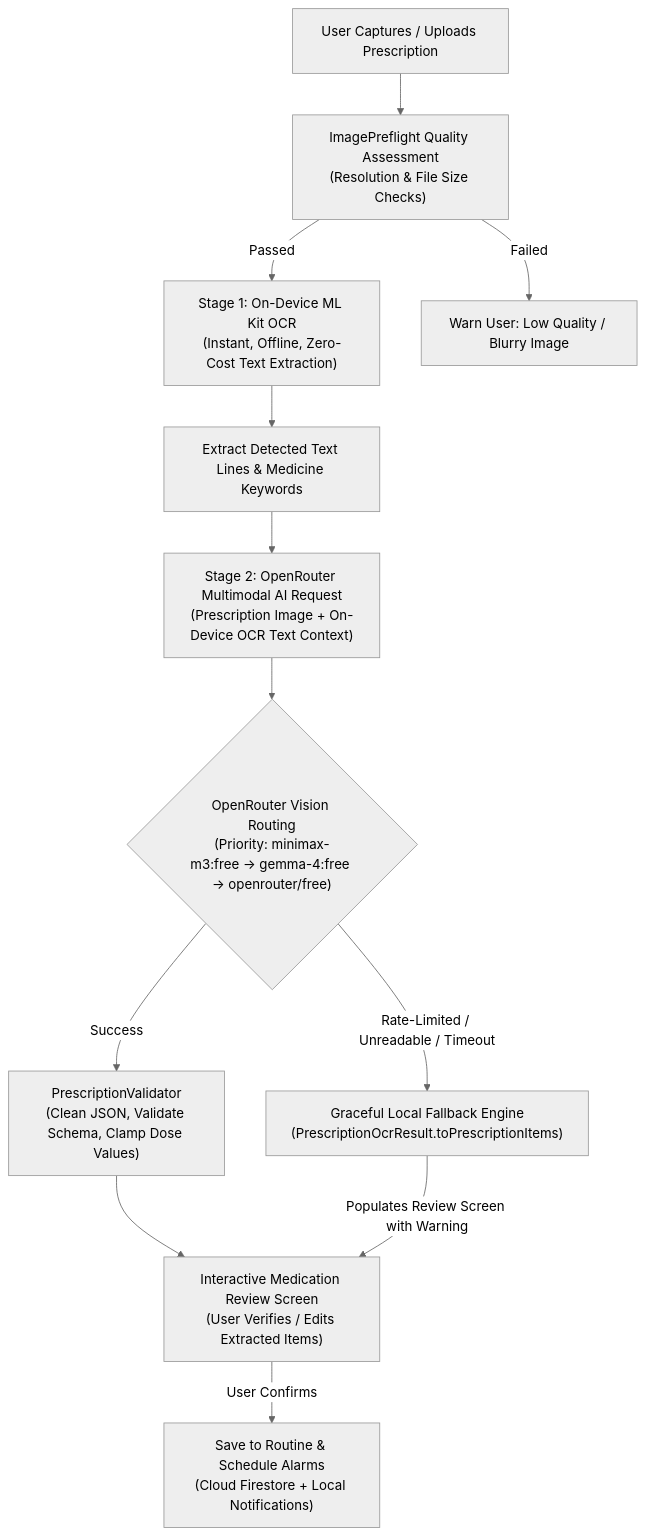
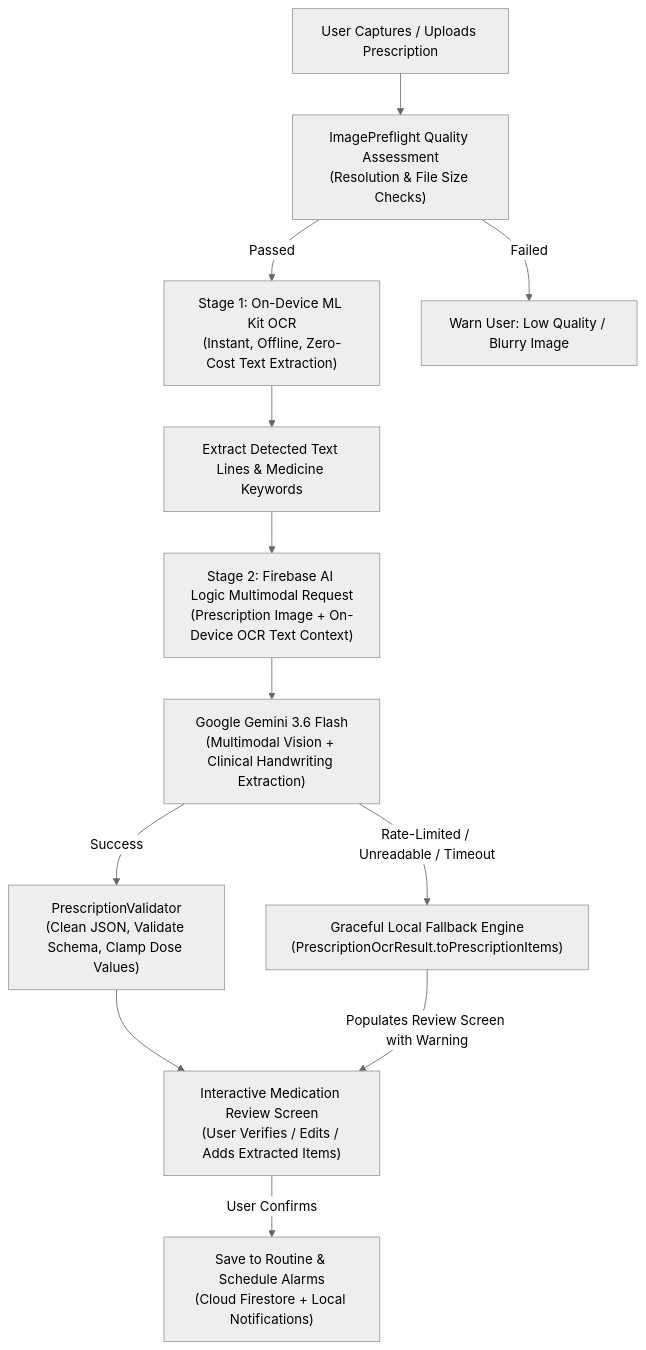
The second of 3 diagrams in README.md (helix-77/MediTrack), drawn with Mermaid (neutral theme) before and after one commit. The commit also changed other lines of this file, not shown here.

Commit message:
docs: update README to document hybrid Firebase AI Logic and OpenRouter architecture

````diff
--- a/README.md
+++ b/README.md
@@ -92,19 +94,19 @@
 ```mermaid
 flowchart TD
     A["User Captures / Uploads Prescription"] --> B["ImagePreflight Quality Assessment\n(Resolution & File Size Checks)"]
     B -->|Passed| C["Stage 1: On-Device ML Kit OCR\n(Instant, Offline, Zero-Cost Text Extraction)"]
     B -->|Failed| Alert["Warn User: Low Quality / Blurry Image"]
 
     C --> D["Extract Detected Text Lines & Medicine Keywords"]
-    D --> E["Stage 2: OpenRouter Multimodal AI Request\n(Prescription Image + On-Device OCR Text Context)"]
+    D --> E["Stage 2: Firebase AI Logic Multimodal Request\n(Prescription Image + On-Device OCR Text Context)"]
 
-    E --> F{"OpenRouter Vision Routing\n(Priority: minimax-m3:free -> gemma-4:free -> openrouter/free)"}
+    E --> F["Google Gemini 3.6 Flash\n(Multimodal Vision + Clinical Handwriting Extraction)"]
 
     F -->|Success| G["PrescriptionValidator\n(Clean JSON, Validate Schema, Clamp Dose Values)"]
     F -->|Rate-Limited / Unreadable / Timeout| H["Graceful Local Fallback Engine\n(PrescriptionOcrResult.toPrescriptionItems)"]
 
-    G --> I["Interactive Medication Review Screen\n(User Verifies / Edits Extracted Items)"]
+    G --> I["Interactive Medication Review Screen\n(User Verifies / Edits / Adds Extracted Items)"]
     H -->|Populates Review Screen with Warning| I
 
     I -->|User Confirms| J["Save to Routine & Schedule Alarms\n(Cloud Firestore + Local Notifications)"]
 ```
````
